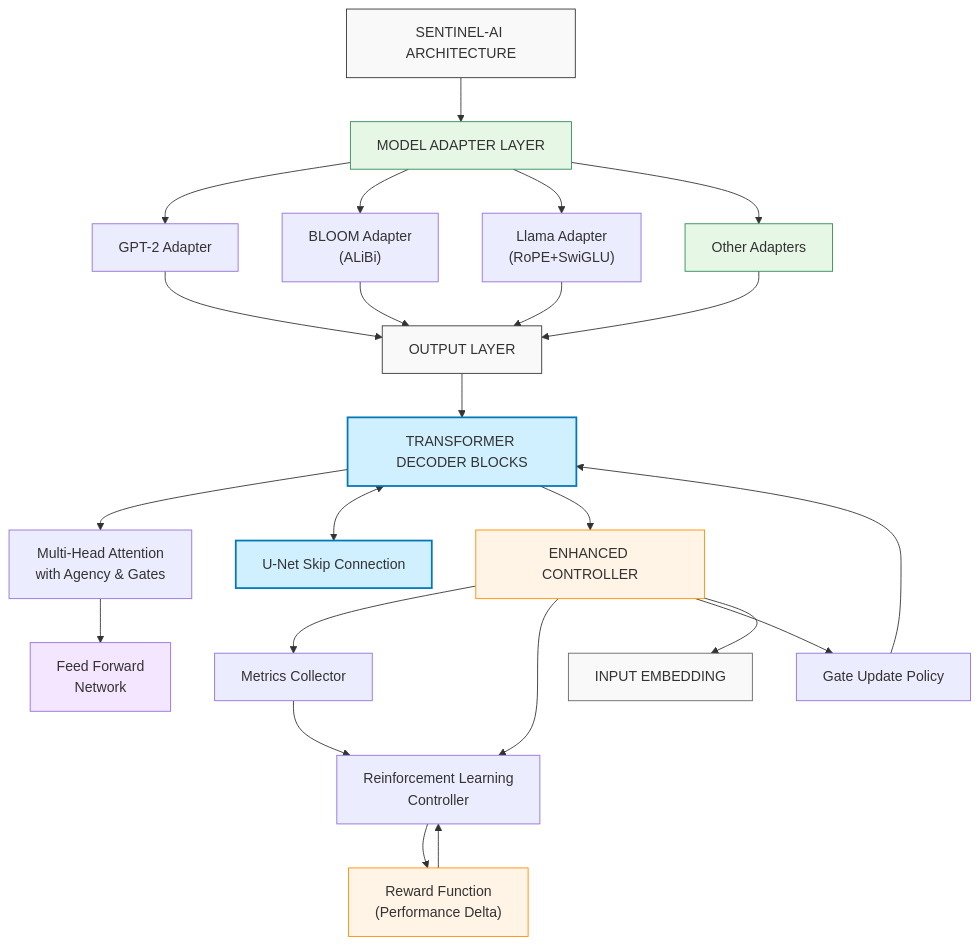
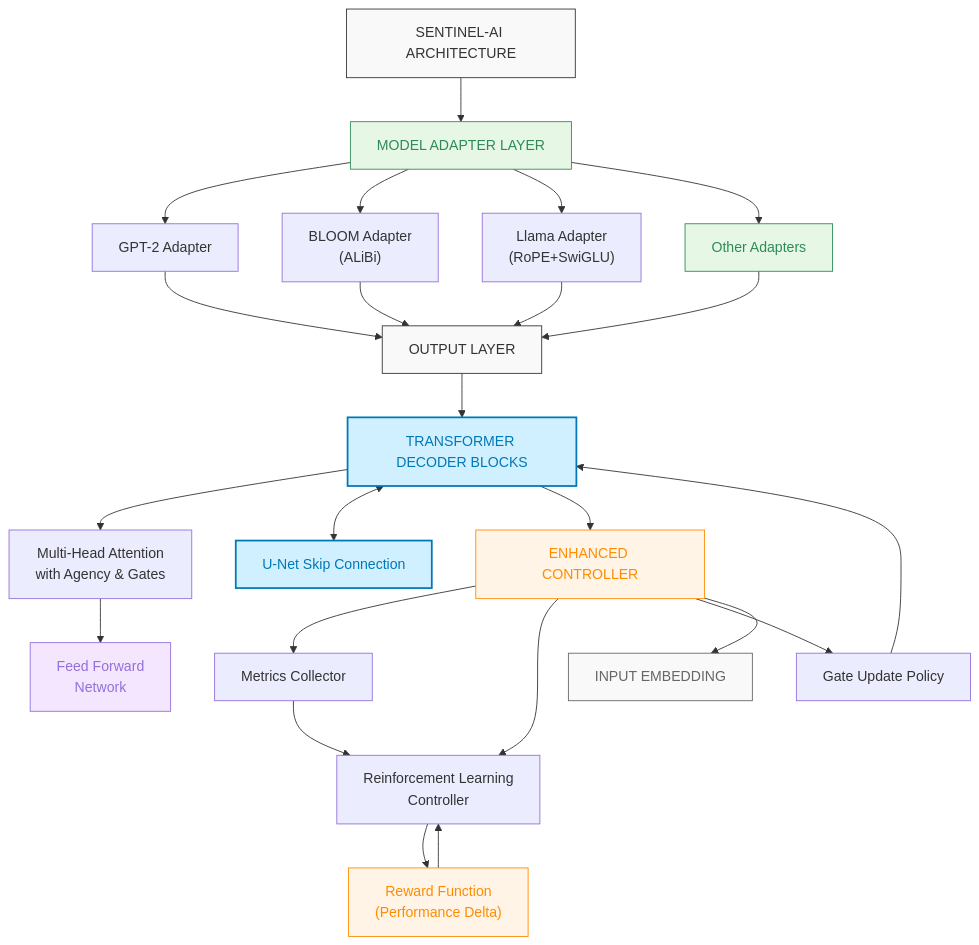
One commit to CambrianTech/sentinel-ai changed the first of 6 diagrams in docs/improved_diagrams/mermaid/main_architecture.md. Above: the diagram before and after it, drawn with Mermaid. The commit also changed other lines of this file and 3 other files, not shown here.

First line of the commit message:
Fix colors in Mermaid diagrams for better readability (#33)

````diff
--- a/docs/improved_diagrams/mermaid/main_architecture.md
+++ b/docs/improved_diagrams/mermaid/main_architecture.md
@@ -3,78 +3,78 @@
 ```mermaid
 flowchart TD
-    classDef standard fill:#f9f9f9,stroke:#333,stroke-width:1px
-    classDef highlight fill:#d1f0ff,stroke:#0078b8,stroke-width:2px
-    classDef adapter fill:#e6f7e6,stroke:#2e8b57,stroke-width:1px
-    classDef controller fill:#fff4e6,stroke:#ff8c00,stroke-width:1px
-    classDef attention fill:#f5e6ff,stroke:#9370db,stroke-width:1px
-    classDef embedding fill:#f9f9f9,stroke:#666,stroke-width:1px
+    classDef standard fill:#f9f9f9,stroke:#333,stroke-width:1px,color:#333
+    classDef highlight fill:#d1f0ff,stroke:#0078b8,stroke-width:2px,color:#0078b8
+    classDef adapter fill:#e6f7e6,stroke:#2e8b57,stroke-width:1px,color:#2e8b57
+    classDef controller fill:#fff4e6,stroke:#ff8c00,stroke-width:1px,color:#ff8c00
+    classDef attention fill:#f5e6ff,stroke:#9370db,stroke-width:1px,color:#9370db
+    classDef embedding fill:#f9f9f9,stroke:#666,stroke-width:1px,color:#666
     
     %% Main Architecture Components
     title["SENTINEL-AI ARCHITECTURE"]
     adapterLayer["MODEL ADAPTER LAYER"]
     output["OUTPUT LAYER"]
     transformerBlocks["TRANSFORMER DECODER BLOCKS"]
     controller["ENHANCED CONTROLLER"]
     input["INPUT EMBEDDING"]
     
     %% Adapter Components
     gpt["GPT-2 Adapter"]
     bloom["BLOOM Adapter<br/>(ALiBi)"]
     llama["Llama Adapter<br/>(RoPE+SwiGLU)"]
     others["Other Adapters"]
     
     %% Transformer Block Components
     attention["Multi-Head Attention<br/>with Agency & Gates"]
     ffn["Feed Forward<br/>Network"]
     unet["U-Net Skip Connection"]
     
     %% Controller Components
     metrics["Metrics Collector"]
     rl["Reinforcement Learning<br/>Controller"]
     policy["Gate Update Policy"]
     reward["Reward Function<br/>(Performance Delta)"]
     
     %% Connections
     title --> adapterLayer
     
     adapterLayer --> gpt
     adapterLayer --> bloom
     adapterLayer --> llama
     adapterLayer --> others
     
     gpt & bloom & llama & others --> output
     
     output --> transformerBlocks
     
     transformerBlocks --> attention
     attention --> ffn
     
     transformerBlocks <--> unet
     
     transformerBlocks --> controller
     
     controller --> metrics
     controller --> rl
     controller --> policy
     metrics --> rl
     rl --> reward
     reward --> rl
     policy --> transformerBlocks
     
     controller --> input
     
     %% Styling
     title:::standard
     adapterLayer:::adapter
     output:::standard
     transformerBlocks:::highlight
     controller:::controller
     input:::embedding
     
     gpt & bloom & llama & others:::adapter
     
     attention & ffn:::attention
     unet:::highlight
     
     metrics & rl & policy & reward:::controller
 ```
````
